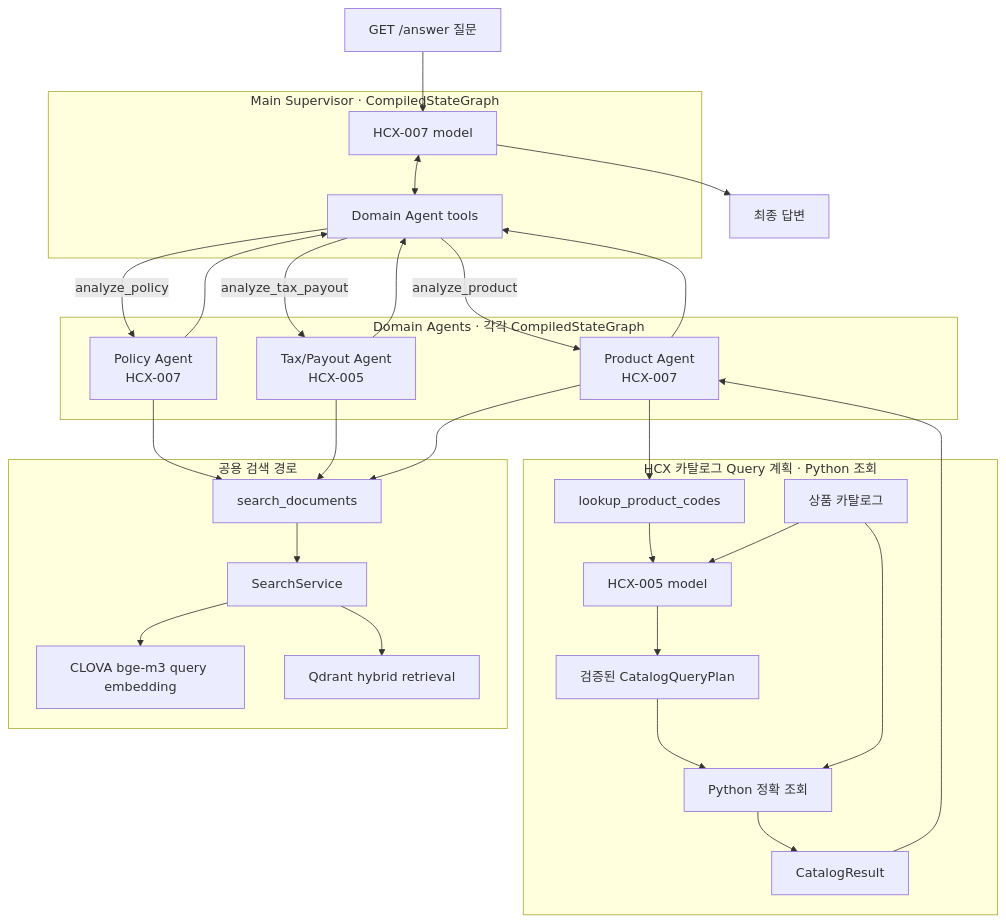
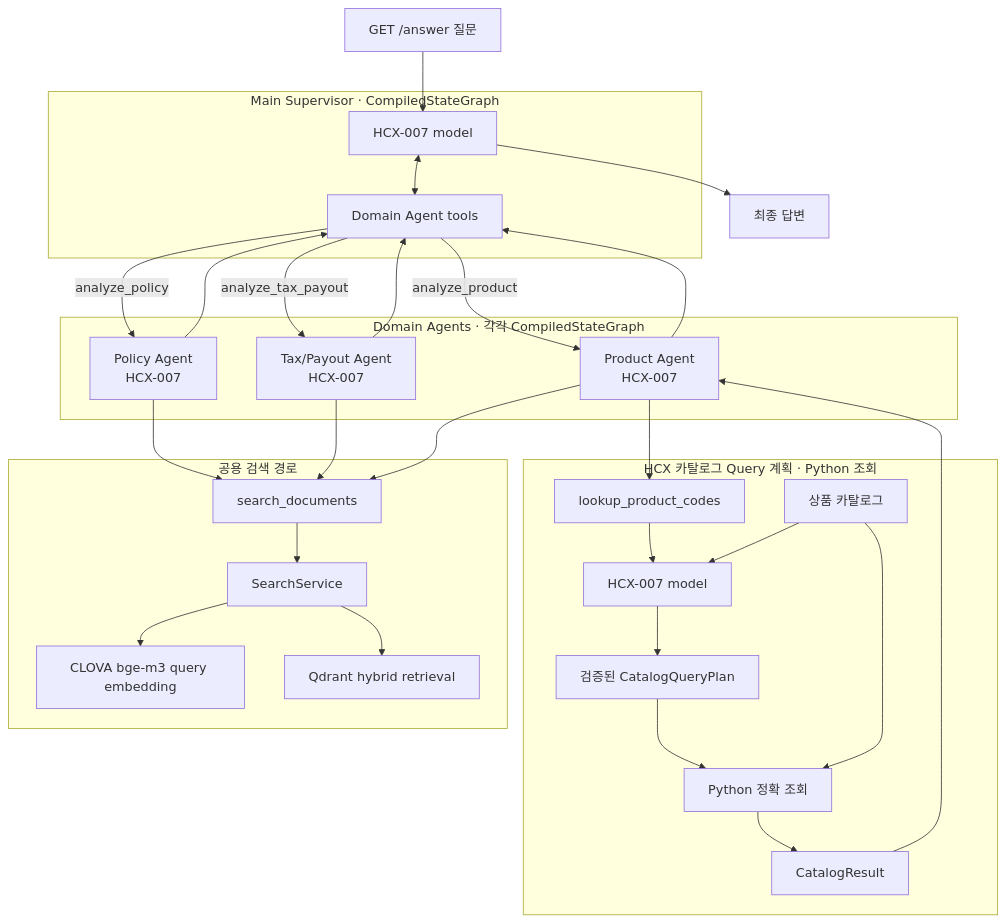
The first of 5 diagrams in docs/architecture/agent-graphs.md (nayeon653/-ace3), drawn with Mermaid before and after one commit. The commit also changed 19 other files, not shown here.

Commit message:
refactor(agent): 모든 생성 모델을 HCX-007로 통일

````diff
--- a/docs/architecture/agent-graphs.md
+++ b/docs/architecture/agent-graphs.md
@@ -14,44 +14,44 @@
 ```mermaid
 flowchart TB
     question["GET /answer 질문"] --> supervisor
 
     subgraph main["Main Supervisor · CompiledStateGraph"]
         supervisor["HCX-007 model"] <--> domain_tools["Domain Agent tools"]
     end
 
     domain_tools -->|analyze_policy| domain_policy
     domain_tools -->|analyze_tax_payout| domain_tax_payout
     domain_tools -->|analyze_product| domain_product
 
     subgraph domains["Domain Agents · 각각 CompiledStateGraph"]
         domain_policy["Policy Agent<br/>HCX-007"]
-        domain_tax_payout["Tax/Payout Agent<br/>HCX-005"]
+        domain_tax_payout["Tax/Payout Agent<br/>HCX-007"]
         domain_product["Product Agent<br/>HCX-007"]
     end
 
     domain_policy --> domain_tools
     domain_policy --> search_tools
     domain_tax_payout --> domain_tools
     domain_tax_payout --> search_tools
     domain_product --> domain_tools
     domain_product --> search_tools
 
     subgraph catalog["HCX 카탈로그 Query 계획 · Python 조회"]
-        catalog_lookup["lookup_product_codes"] --> catalog_hcx["HCX-005 model"]
+        catalog_lookup["lookup_product_codes"] --> catalog_hcx["HCX-007 model"]
         product_catalog["상품 카탈로그"] --> catalog_hcx
         catalog_hcx --> catalog_query["검증된 CatalogQueryPlan"]
         catalog_query --> catalog_execute["Python 정확 조회"]
         product_catalog --> catalog_execute
         catalog_execute --> catalog_result["CatalogResult"]
     end
     domain_product --> catalog_lookup
     catalog_result --> domain_product
 
     subgraph search["공용 검색 경로"]
         search_tools["search_documents"] --> search_service["SearchService"]
         search_service --> embedding["CLOVA bge-m3 query embedding"]
         search_service --> qdrant["Qdrant hybrid retrieval"]
     end
 
     supervisor --> answer["최종 답변"]
 ```
````
